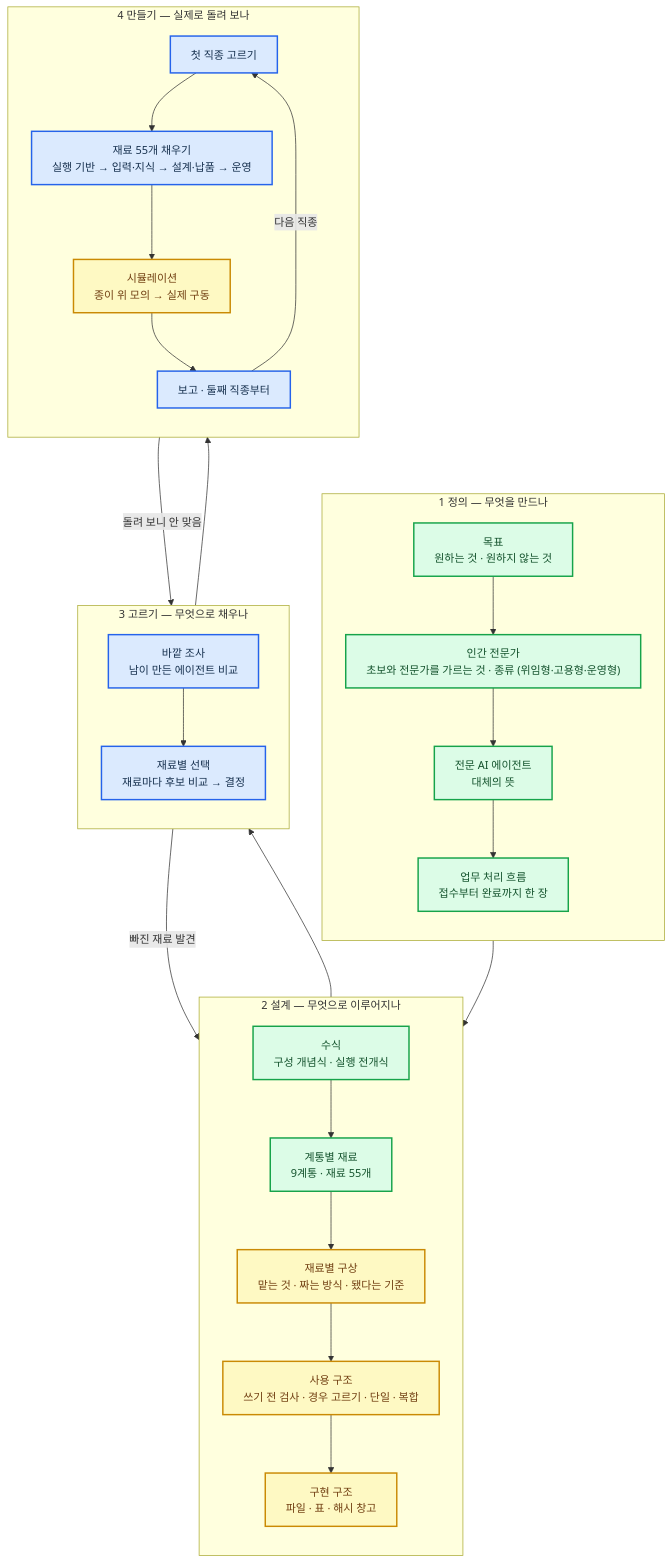
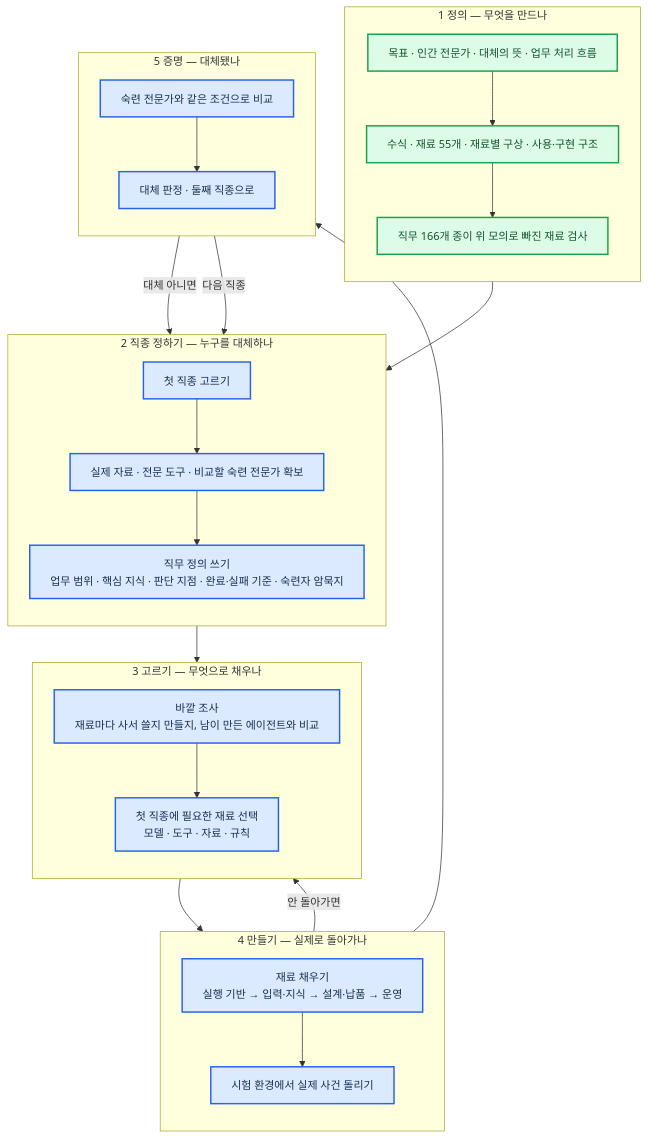
One commit to harisbaguette/expert changed the diagram in 진행-계획.md. Above: the diagram before and after it, drawn with Mermaid. The commit also changed other lines of this file, not shown here.

Commit message:
진행 계획을 문제·업무 순서·현재 단계·일정 네 절로 다시 씀 — 직종 정하기와 증명 단계 넣고 순서 바로잡음

````diff
--- a/진행-계획.md
+++ b/진행-계획.md
@@ -3,44 +11,45 @@
 ```mermaid
-%%{init: {"flowchart": {"wrappingWidth": 640, "curve": "basis", "nodeSpacing": 45, "rankSpacing": 55, "padding": 14, "useMaxWidth": true}, "themeVariables": {"fontSize": "15px"}} }%%
+%%{init: {"flowchart": {"wrappingWidth": 640, "curve": "basis", "nodeSpacing": 40, "rankSpacing": 50, "padding": 14, "useMaxWidth": true}, "themeVariables": {"fontSize": "15px"}} }%%
 flowchart TB
-    subgraph P1["1 정의 — 무엇을 만드나"]
+    subgraph S1["1 정의 — 무엇을 만드나"]
         direction TB
-        A1["목표<br/>원하는 것 · 원하지 않는 것"]:::done
-        A2["인간 전문가<br/>초보와 전문가를 가르는 것 · 종류 (위임형·고용형·운영형)"]:::done
-        A3["전문 AI 에이전트<br/>대체의 뜻"]:::done
-        A4["업무 처리 흐름<br/>접수부터 완료까지 한 장"]:::done
-        A1 --> A2 --> A3 --> A4
+        A1["목표 · 인간 전문가 · 대체의 뜻 · 업무 처리 흐름"]:::done
+        A2["수식 · 재료 55개 · 재료별 구상 · 사용·구현 구조"]:::done
+        A3["직무 166개 종이 위 모의로 빠진 재료 검사"]:::done
+        A1 --> A2 --> A3
     end
-    subgraph P2["2 설계 — 무엇으로 이루어지나"]
+    subgraph S2["2 직종 정하기 — 누구를 대체하나"]
         direction TB
-        B1["수식<br/>구성 개념식 · 실행 전개식"]:::done
-        B2["계통별 재료<br/>9계통 · 재료 55개"]:::done
-        B3["재료별 구상<br/>맡는 것 · 짜는 방식 · 됐다는 기준"]:::half
-        B4["사용 구조<br/>쓰기 전 검사 · 경우 고르기 · 단일 · 복합"]:::half
-        B5["구현 구조<br/>파일 · 표 · 해시 창고"]:::half
-        B1 --> B2 --> B3 --> B4 --> B5
+        B1["첫 직종 고르기"]:::todo
+        B2["실제 자료 · 전문 도구 · 비교할 숙련 전문가 확보"]:::todo
+        B3["직무 정의 쓰기<br/>업무 범위 · 핵심 지식 · 판단 지점 · 완료·실패 기준 · 숙련자 암묵지"]:::todo
+        B1 --> B2 --> B3
     end
-    subgraph P3["3 고르기 — 무엇으로 채우나"]
+    subgraph S3["3 고르기 — 무엇으로 채우나"]
         direction TB
-        C1["바깥 조사<br/>남이 만든 에이전트 비교"]:::todo
-        C2["재료별 선택<br/>재료마다 후보 비교 → 결정"]:::todo
+        C1["바깥 조사<br/>재료마다 사서 쓸지 만들지, 남이 만든 에이전트와 비교"]:::todo
+        C2["첫 직종에 필요한 재료 선택<br/>모델 · 도구 · 자료 · 규칙"]:::todo
         C1 --> C2
     end
-    subgraph P4["4 만들기 — 실제로 돌려 보나"]
+    subgraph S4["4 만들기 — 실제로 돌아가나"]
         direction TB
-        D1["첫 직종 고르기"]:::todo
-        D2["재료 55개 채우기<br/>실행 기반 → 입력·지식 → 설계·납품 → 운영"]:::todo
-        D3["시뮬레이션<br/>종이 위 모의 → 실제 구동"]:::half
-        D4["보고 · 둘째 직종부터"]:::todo
-        D1 --> D2 --> D3 --> D4
+        D1["재료 채우기<br/>실행 기반 → 입력·지식 → 설계·납품 → 운영"]:::todo
+        D2["시험 환경에서 실제 사건 돌리기"]:::todo
+        D1 --> D2
     end
-    A4 --> B1
-    B5 --> C1
+    subgraph S5["5 증명 — 대체됐나"]
+        direction TB
+        E1["숙련 전문가와 같은 조건으로 비교"]:::todo
+        E2["대체 판정 · 둘째 직종으로"]:::todo
+        E1 --> E2
+    end
+    A3 --> B1
+    B3 --> C1
     C2 --> D1
-    C1 -- "빠진 재료 발견" --> B2
-    D3 -- "돌려 보니 안 맞음" --> C2
-    D4 -- "다음 직종" --> D1
+    D2 --> E1
+    D2 -- "안 돌아가면" --> C2
+    E2 -- "대체 아니면" --> B3
+    E2 -- "다음 직종" --> B1
     classDef done fill:#dcfce7,stroke:#16a34a,stroke-width:2px,color:#14532d
-    classDef half fill:#fef9c3,stroke:#ca8a04,stroke-width:2px,color:#713f12
     classDef todo fill:#dbeafe,stroke:#2563eb,stroke-width:2px,color:#17314f
 ```
````
